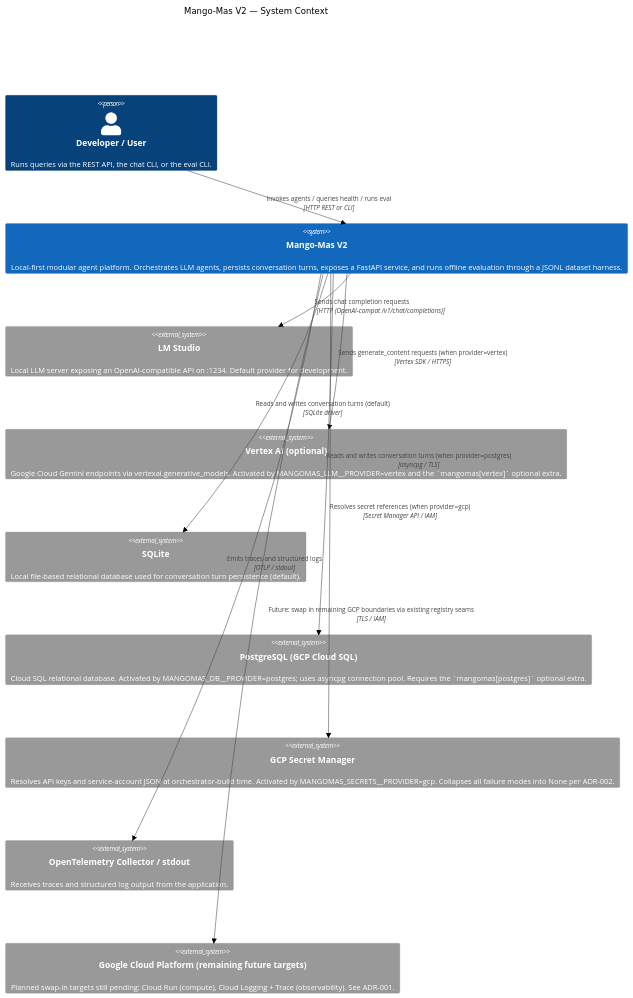
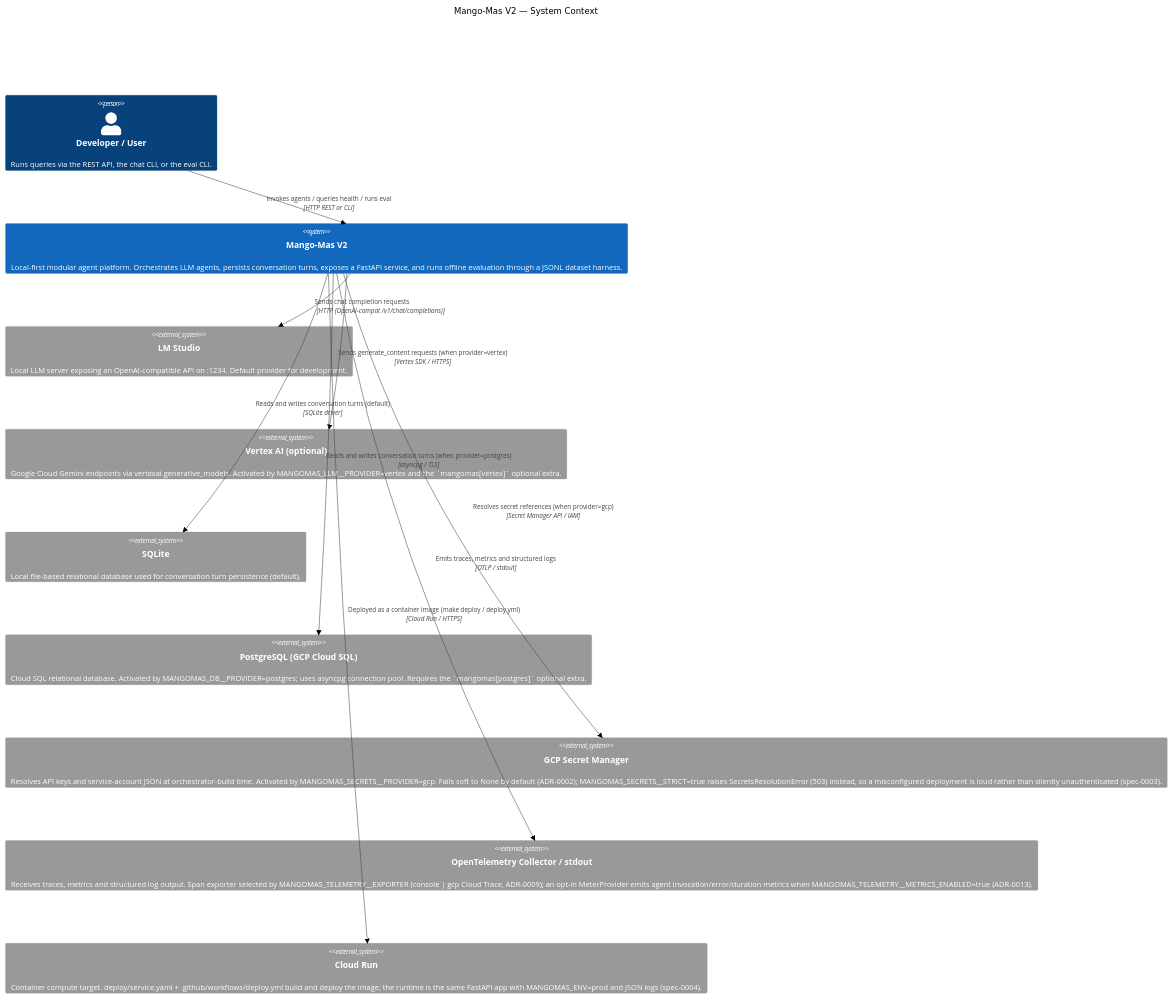
Before and after one commit to Mango-Metrics-NLM/MangoMas_V2: the diagram in docs/architecture/c1-context.md, drawn with Mermaid (neutral theme). The commit also changed other lines of this file and 13 other files, not shown here.

````diff
--- a/docs/architecture/c1-context.md
+++ b/docs/architecture/c1-context.md
@@ -6,31 +6,31 @@
 ```mermaid
 C4Context
   title Mango-Mas V2 — System Context
 
   Person(developer, "Developer / User", "Runs queries via the REST API, the chat CLI, or the eval CLI.")
 
   System(mangomas, "Mango-Mas V2", "Local-first modular agent platform. Orchestrates LLM agents, persists conversation turns, exposes a FastAPI service, and runs offline evaluation through a JSONL dataset harness.")
 
   System_Ext(lmstudio, "LM Studio", "Local LLM server exposing an OpenAI-compatible API on :1234. Default provider for development.")
 
   System_Ext(vertex, "Vertex AI (optional)", "Google Cloud Gemini endpoints via vertexai.generative_models. Activated by MANGOMAS_LLM__PROVIDER=vertex and the `mangomas[vertex]` optional extra.")
 
   System_Ext(sqlite, "SQLite", "Local file-based relational database used for conversation turn persistence (default).")
 
   System_Ext(postgres, "PostgreSQL (GCP Cloud SQL)", "Cloud SQL relational database. Activated by MANGOMAS_DB__PROVIDER=postgres; uses asyncpg connection pool. Requires the `mangomas[postgres]` optional extra.")
 
-  System_Ext(secret_mgr, "GCP Secret Manager", "Resolves API keys and service-account JSON at orchestrator-build time. Activated by MANGOMAS_SECRETS__PROVIDER=gcp. Collapses all failure modes into None per ADR-002.")
+  System_Ext(secret_mgr, "GCP Secret Manager", "Resolves API keys and service-account JSON at orchestrator-build time. Activated by MANGOMAS_SECRETS__PROVIDER=gcp. Fails soft to None by default (ADR-0002); MANGOMAS_SECRETS__STRICT=true raises SecretsResolutionError (503) instead, so a misconfigured deployment is loud rather than silently unauthenticated (spec-0003).")
 
-  System_Ext(otel, "OpenTelemetry Collector / stdout", "Receives traces and structured log output from the application.")
+  System_Ext(otel, "OpenTelemetry Collector / stdout", "Receives traces, metrics and structured log output. Span exporter selected by MANGOMAS_TELEMETRY__EXPORTER (console | gcp Cloud Trace, ADR-0009); an opt-in MeterProvider emits agent invocation/error/duration metrics when MANGOMAS_TELEMETRY__METRICS_ENABLED=true (ADR-0013).")
 
-  System_Ext(gcp_future, "Google Cloud Platform (remaining future targets)", "Planned swap-in targets still pending: Cloud Run (compute), Cloud Logging + Trace (observability). See ADR-001.")
+  System_Ext(cloud_run, "Cloud Run", "Container compute target. deploy/service.yaml + .github/workflows/deploy.yml build and deploy the image; the runtime is the same FastAPI app with MANGOMAS_ENV=prod and JSON logs (spec-0004).")
 
   Rel(developer, mangomas, "Invokes agents / queries health / runs eval", "HTTP REST or CLI")
   Rel(mangomas, lmstudio, "Sends chat completion requests", "HTTP (OpenAI-compat /v1/chat/completions)")
   Rel(mangomas, vertex, "Sends generate_content requests (when provider=vertex)", "Vertex SDK / HTTPS")
   Rel(mangomas, sqlite, "Reads and writes conversation turns (default)", "SQLite driver")
   Rel(mangomas, postgres, "Reads and writes conversation turns (when provider=postgres)", "asyncpg / TLS")
   Rel(mangomas, secret_mgr, "Resolves secret references (when provider=gcp)", "Secret Manager API / IAM")
-  Rel(mangomas, otel, "Emits traces and structured logs", "OTLP / stdout")
-  Rel_Back(gcp_future, mangomas, "Future: swap in remaining GCP boundaries via existing registry seams", "TLS / IAM")
+  Rel(mangomas, otel, "Emits traces, metrics and structured logs", "OTLP / stdout")
+  Rel(mangomas, cloud_run, "Deployed as a container image (make deploy / deploy.yml)", "Cloud Run / HTTPS")
 ```
````
